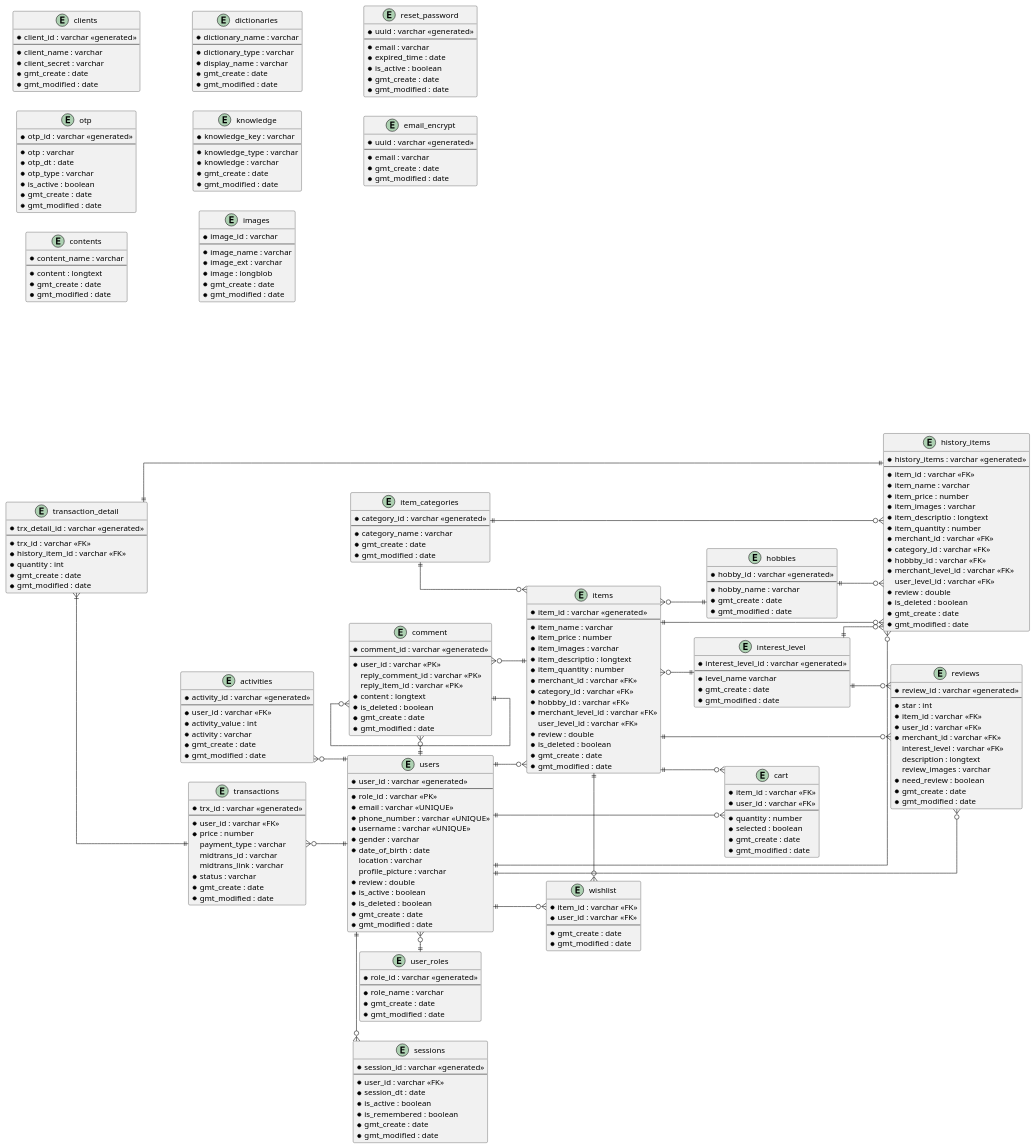
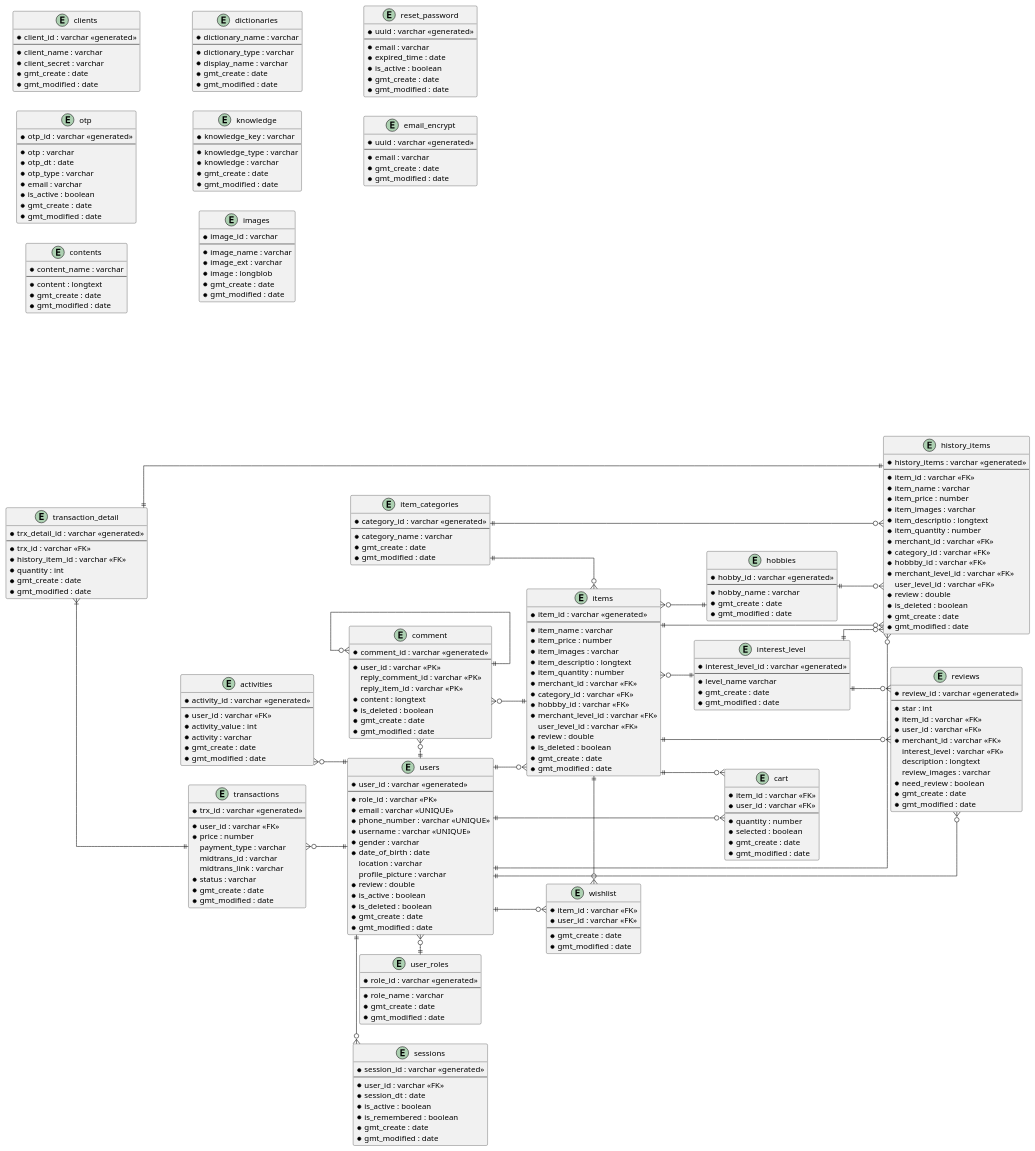
One commit to aldihsuhandi/skripsi-2023 changed the diagram in uml/erd.pu. Above: the diagram before and after it, drawn with PlantUML.

Commit message:
add missing field on otp

```diff
--- a/uml/erd.pu
+++ b/uml/erd.pu
@@ -186,6 +186,7 @@
     * otp : varchar 
     * otp_dt : date
     * otp_type : varchar
+    * email : varchar
     * is_active : boolean
     * gmt_create : date
     * gmt_modified : date
```
